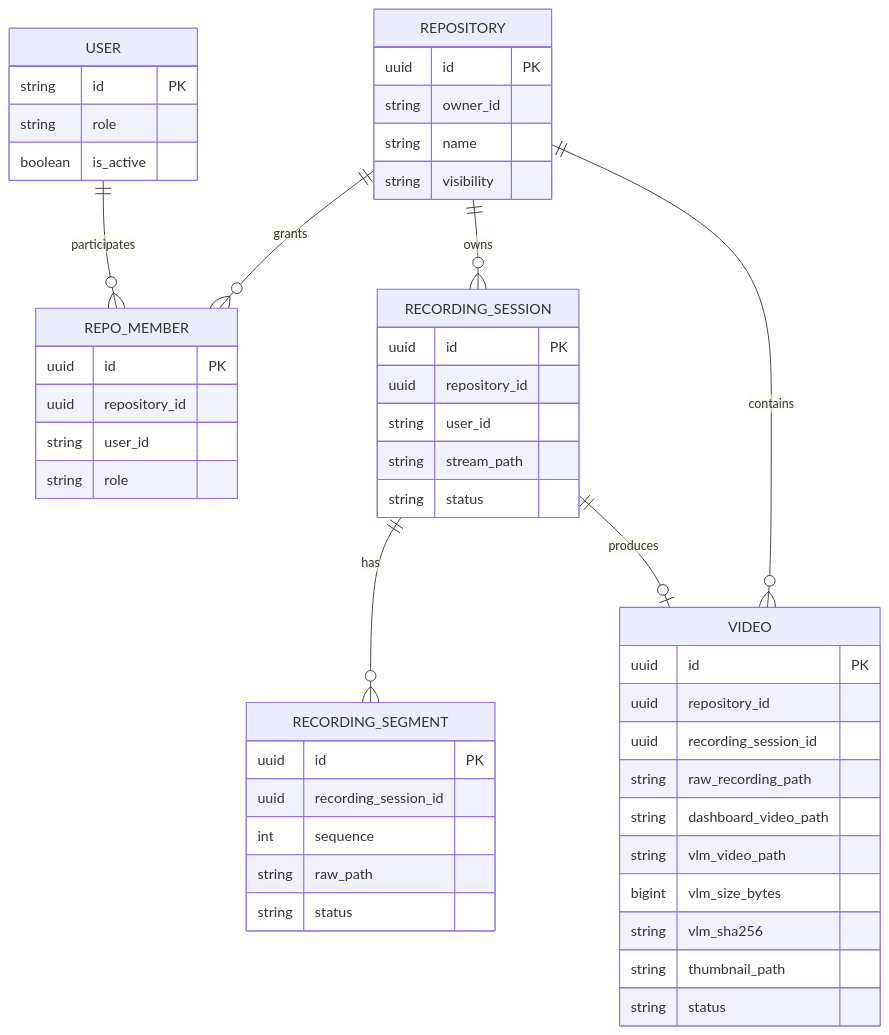
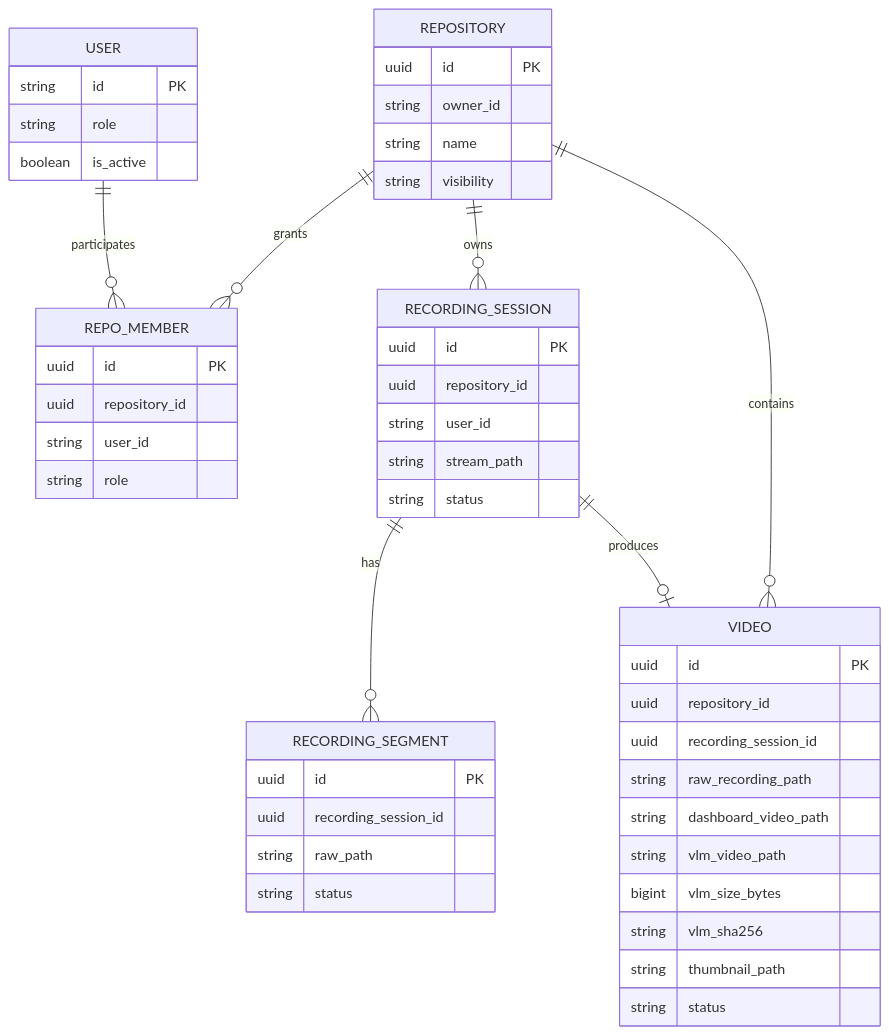
One commit to ego-flow/ego-flow-server changed the second of 2 diagrams in docs/04. project_architecture.md. Above: the diagram before and after it, drawn with Mermaid. The commit also changed 6 other files, not shown here.

````diff
--- a/docs/04. project_architecture.md
+++ b/docs/04. project_architecture.md
@@ -70,58 +70,57 @@
 ```mermaid
 erDiagram
     USER ||--o{ REPO_MEMBER : participates
     REPOSITORY ||--o{ REPO_MEMBER : grants
     REPOSITORY ||--o{ RECORDING_SESSION : owns
     REPOSITORY ||--o{ VIDEO : contains
     RECORDING_SESSION ||--o{ RECORDING_SEGMENT : has
     RECORDING_SESSION ||--o| VIDEO : produces
 
     USER {
         string id PK
         string role
         boolean is_active
     }
 
     REPOSITORY {
         uuid id PK
         string owner_id
         string name
         string visibility
     }
 
     REPO_MEMBER {
         uuid id PK
         uuid repository_id
         string user_id
         string role
     }
 
     RECORDING_SESSION {
         uuid id PK
         uuid repository_id
         string user_id
         string stream_path
         string status
     }
 
     RECORDING_SEGMENT {
         uuid id PK
         uuid recording_session_id
-        int sequence
         string raw_path
         string status
     }
 
     VIDEO {
         uuid id PK
         uuid repository_id
         uuid recording_session_id
         string raw_recording_path
         string dashboard_video_path
         string vlm_video_path
         bigint vlm_size_bytes
         string vlm_sha256
         string thumbnail_path
         string status
     }
 ```
````
